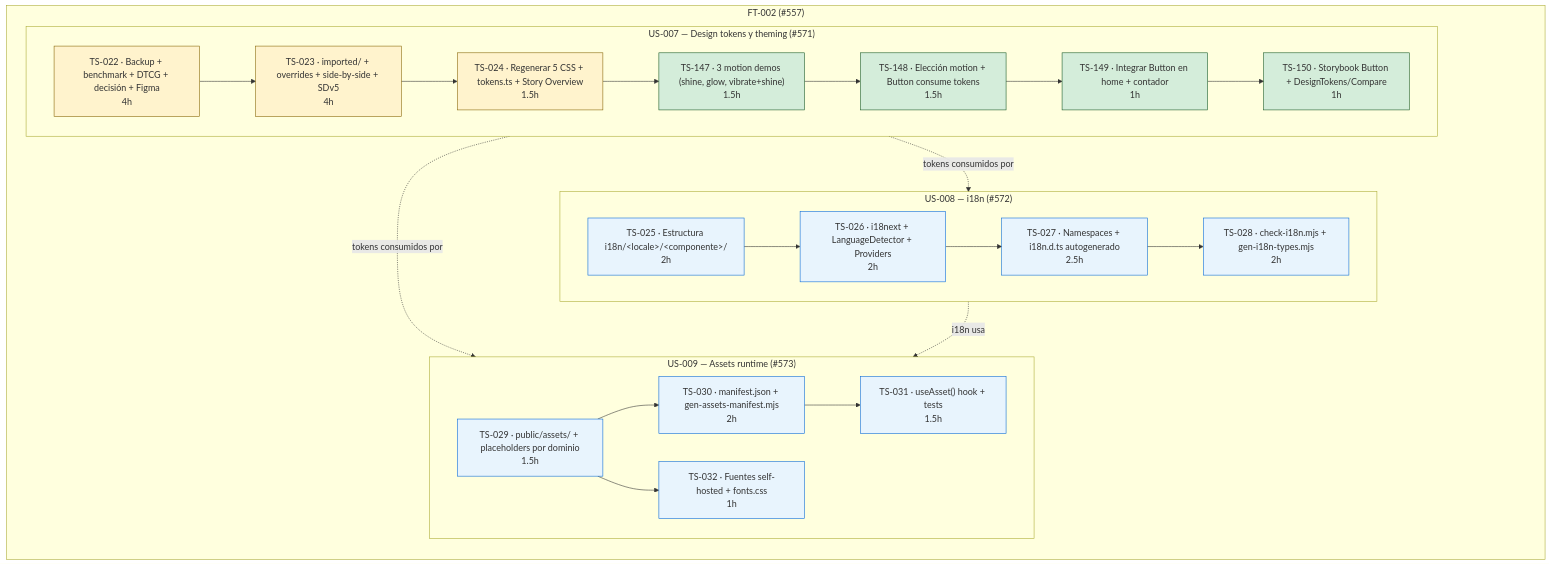
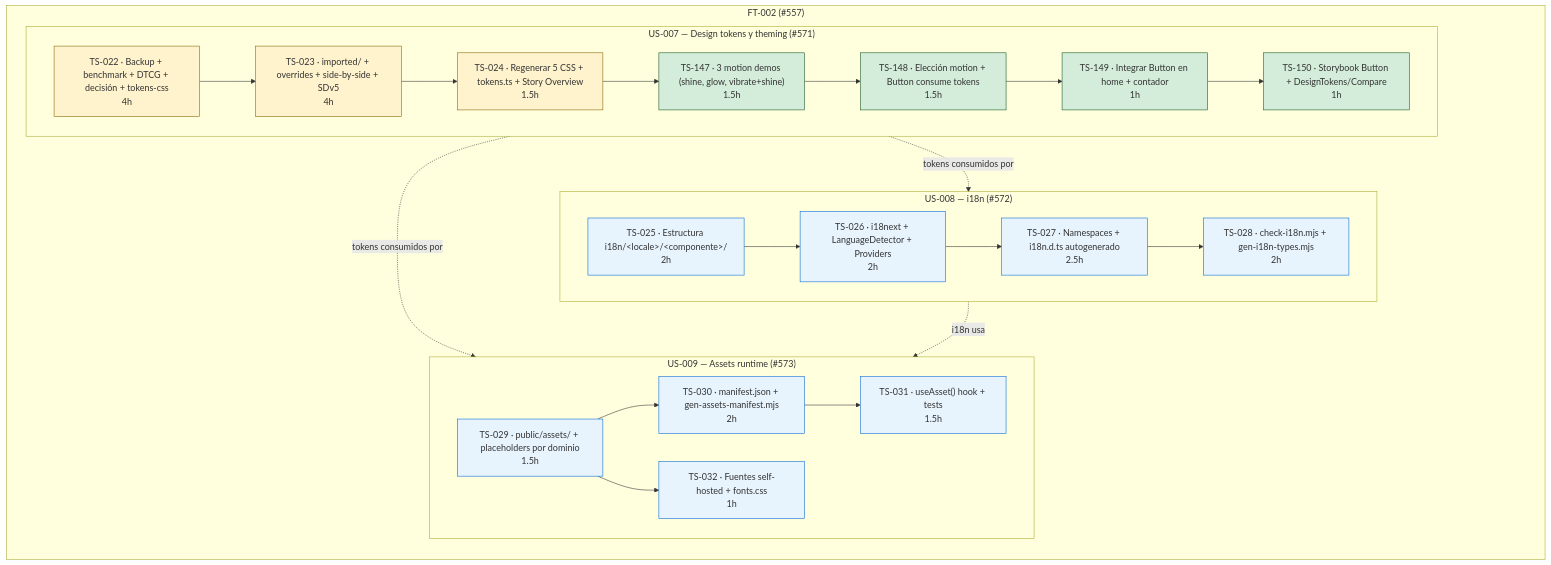
One commit to 42mrnobody42-alt/investment-tracker changed the diagram in docs/scrum/kanban/features/FT-002.md. Above: the diagram before and after it, drawn with Mermaid. The commit also changed other lines of this file and 11 other files, not shown here.

First line of the commit message:
fix(#627): reemplazar flujo figma por dtcg escrito a mano

````diff
--- a/docs/scrum/kanban/features/FT-002.md
+++ b/docs/scrum/kanban/features/FT-002.md
@@ -19,47 +19,47 @@
 ```mermaid
 flowchart TD
     subgraph FT002["FT-002 (#557)"]
         direction TB
 
         subgraph US007["US-007 — Design tokens y theming (#571)"]
-            T22["TS-022 · Backup + benchmark + DTCG + decisión + Figma<br/>4h"]
+            T22["TS-022 · Backup + benchmark + DTCG + decisión + tokens-css<br/>4h"]
             T23["TS-023 · imported/ + overrides + side-by-side + SDv5<br/>4h"]
             T24["TS-024 · Regenerar 5 CSS + tokens.ts + Story Overview<br/>1.5h"]
             T147["TS-147 · 3 motion demos (shine, glow, vibrate+shine)<br/>1.5h"]
             T148["TS-148 · Elección motion + Button consume tokens<br/>1.5h"]
             T149["TS-149 · Integrar Button en home + contador<br/>1h"]
             T150["TS-150 · Storybook Button + DesignTokens/Compare<br/>1h"]
             T22 --> T23 --> T24
             T24 --> T147 --> T148 --> T149 --> T150
         end
 
         subgraph US008["US-008 — i18n (#572)"]
             T25["TS-025 · Estructura i18n/&lt;locale&gt;/&lt;componente&gt;/<br/>2h"]
             T26["TS-026 · i18next + LanguageDetector + Providers<br/>2h"]
             T27["TS-027 · Namespaces + i18n.d.ts autogenerado<br/>2.5h"]
             T28["TS-028 · check-i18n.mjs + gen-i18n-types.mjs<br/>2h"]
             T25 --> T26 --> T27 --> T28
         end
 
         subgraph US009["US-009 — Assets runtime (#573)"]
             T29["TS-029 · public/assets/ + placeholders por dominio<br/>1.5h"]
             T30["TS-030 · manifest.json + gen-assets-manifest.mjs<br/>2h"]
             T31["TS-031 · useAsset() hook + tests<br/>1.5h"]
             T32["TS-032 · Fuentes self-hosted + fonts.css<br/>1h"]
             T29 --> T30 --> T31
             T29 --> T32
         end
 
         US007 -.->|"tokens consumidos por"| US008
         US007 -.->|"tokens consumidos por"| US009
         US008 -.->|"i18n usa"| US009
     end
 
     classDef rewrite fill:#fff3cd,stroke:#856404
     classDef new fill:#d4edda,stroke:#155724
     classDef existing fill:#e8f4fd,stroke:#0366d6
 
     class T22,T23,T24 rewrite
     class T147,T148,T149,T150 new
     class T25,T26,T27,T28,T29,T30,T31,T32 existing
 ```
````
